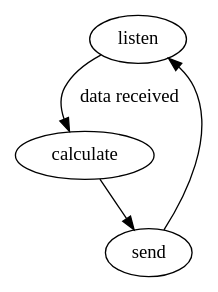
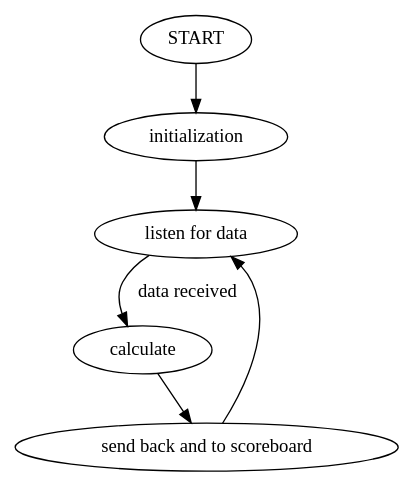
Before and after one commit to cephlot/dart: the diagram in diagrams/server/calc.dot, drawn with Graphviz. The commit also changed 1 other file, not shown here.

Commit message:
[update] Adds more details to server diagram

```diff
--- a/diagrams/server/calc.dot
+++ b/diagrams/server/calc.dot
@@ -1,5 +1,7 @@
 digraph {
-  listen -> calculate [label="data received"]
-  calculate -> send
-  send -> listen
+  START -> initialization
+  initialization -> "listen for data"
+  "listen for data" -> calculate [label="data received"]
+  calculate -> "send back and to scoreboard"
+  "send back and to scoreboard" -> "listen for data"
 }
```
